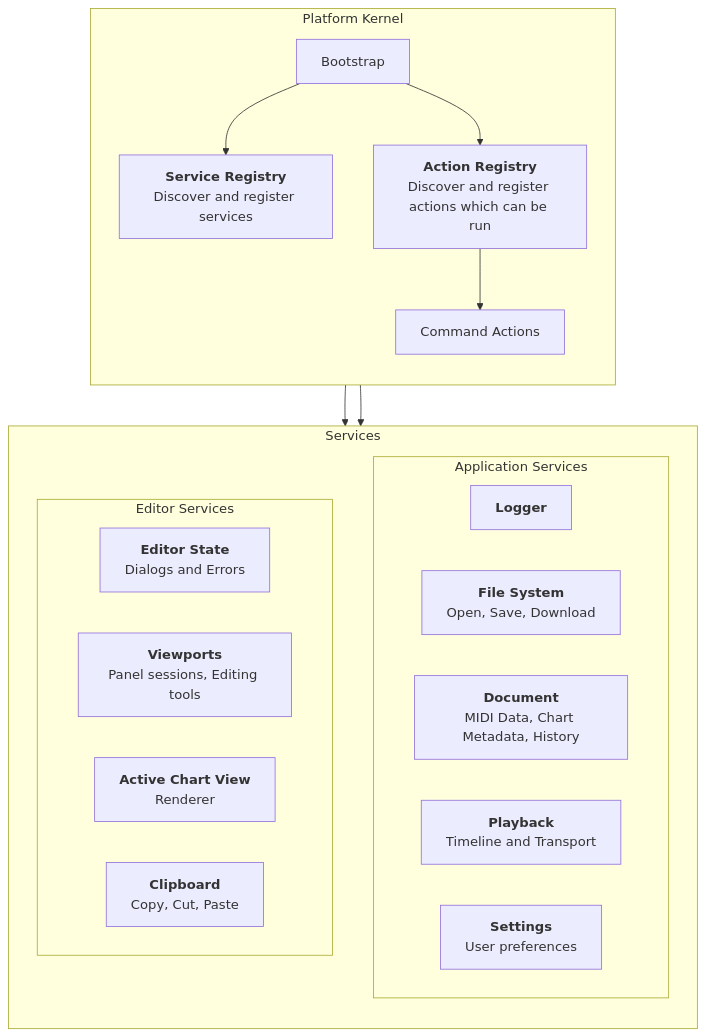
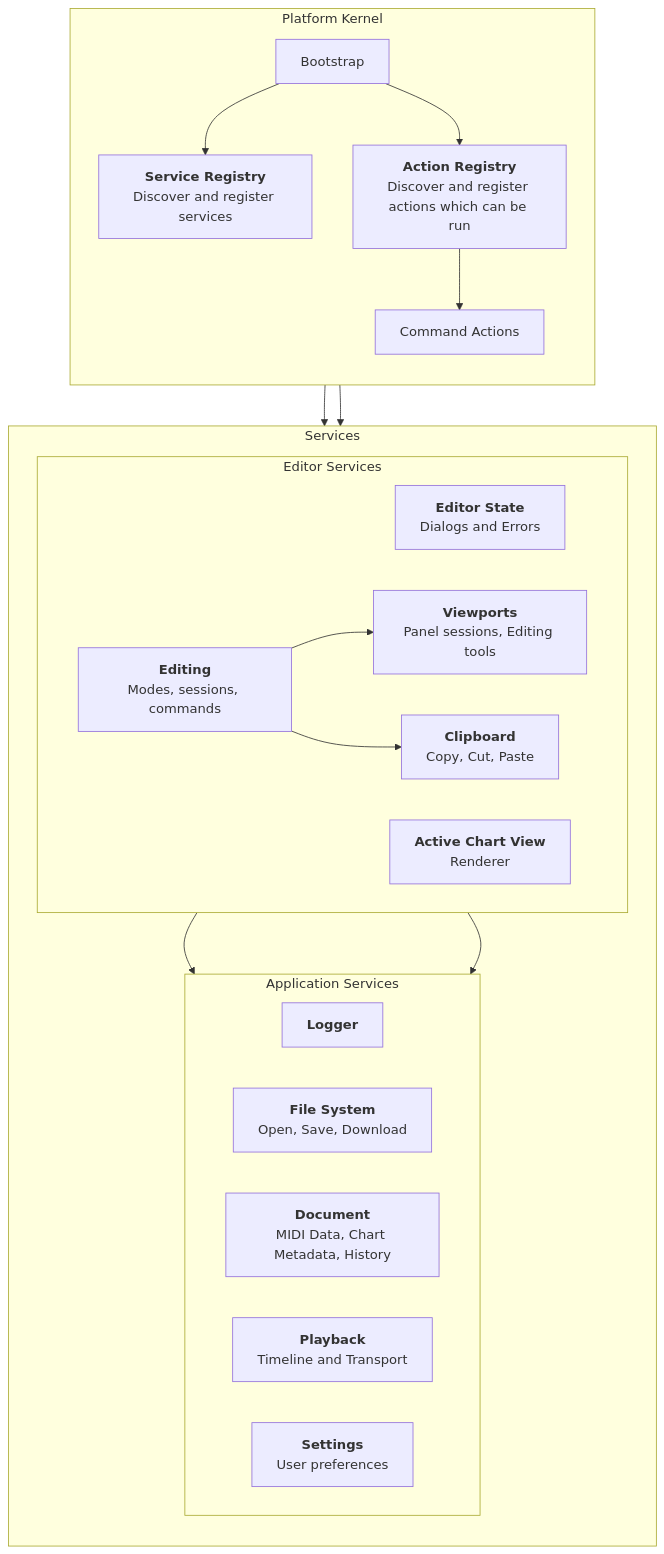
The second of 2 diagrams in docs/index.md (thomascswalker/openchart), drawn with Mermaid before and after one commit. The commit also changed 194 other files, not shown here.

````diff
--- a/docs/index.md
+++ b/docs/index.md
@@ -53,36 +53,41 @@
 ```mermaid
 flowchart TD
     direction LR
         subgraph KERNEL["Platform Kernel"]
             direction TB
             NAMING["Bootstrap"]
             SR["<b>Service Registry</b><br/>Discover and register services"]
             AR["<b>Action Registry</b><br/>Discover and register actions which can be run"]
             ACTIONS["Command Actions"]
         end
 
         subgraph SERVICES["Services"]
             direction TB
             subgraph APPSVC["Application Services"]
                 direction LR
                 LOG["<b>Logger</b>"]
                 FSYS["<b>File System</b><br/>Open, Save, Download"]
                 DOC["<b>Document</b><br/>MIDI Data, Chart Metadata, History"]
                 PB["<b>Playback</b><br/>Timeline and Transport"]
                 SET["<b>Settings</b><br/>User preferences"]
             end
             subgraph EDSVC["Editor Services"]
                 direction LR
                 EST["<b>Editor State</b><br/>Dialogs and Errors"]
                 VPS["<b>Viewports</b><br/>Panel sessions, Editing tools"]
                 ACV["<b>Active Chart View</b><br/>Renderer"]
+                EDIT["<b>Editing</b><br/>Modes, sessions, commands"]
                 CLIP["<b>Clipboard</b><br/>Copy, Cut, Paste"]
             end
         end
 
         NAMING --> SR
         NAMING --> AR
         AR --> ACTIONS
         SR --> SERVICES
         ACTIONS --> SERVICES
+        EDIT --> DOC
+        EDIT --> PB
+        EDIT --> VPS
+        EDIT --> CLIP
 ```
````
